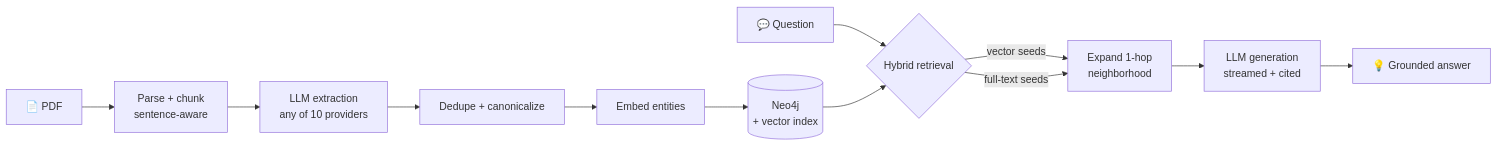
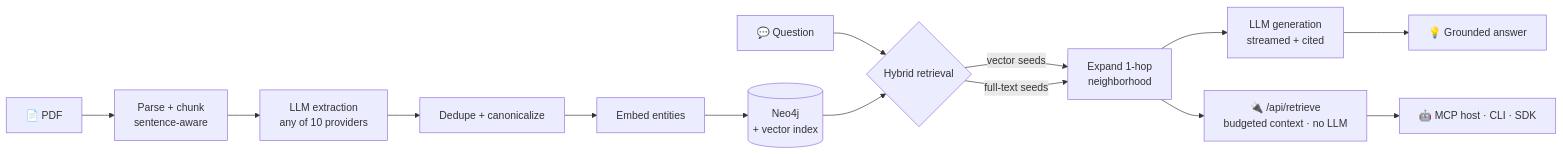
One commit to ahmedmaaloul/synapse changed the diagram in README.md. Above: the diagram before and after it, drawn with Mermaid. The commit also changed other lines of this file and 51 other files, not shown here.

First line of the commit message:
feat: MCP server, CLI & Python client, retrieval-only API, AI-safety theme, release automation (0.4.0)

````diff
--- a/README.md
+++ b/README.md
@@ -82,15 +144,17 @@
 ```mermaid
 flowchart LR
     PDF[📄 PDF] --> P[Parse + chunk<br/>sentence-aware]
     P --> LLM[LLM extraction<br/>any of 10 providers]
     LLM --> D[Dedupe + canonicalize]
     D --> E[Embed entities]
     E --> W[(Neo4j<br/>+ vector index)]
 
     Q[💬 Question] --> H{Hybrid retrieval}
     W --> H
     H -->|vector seeds| X[Expand 1-hop<br/>neighborhood]
     H -->|full-text seeds| X
     X --> G[LLM generation<br/>streamed + cited]
     G --> A[💡 Grounded answer]
+    X --> R["🔌 /api/retrieve<br/>budgeted context · no LLM"]
+    R --> M[🤖 MCP host · CLI · SDK]
 ```
````
